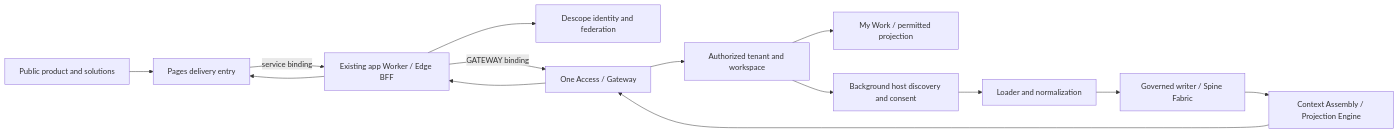
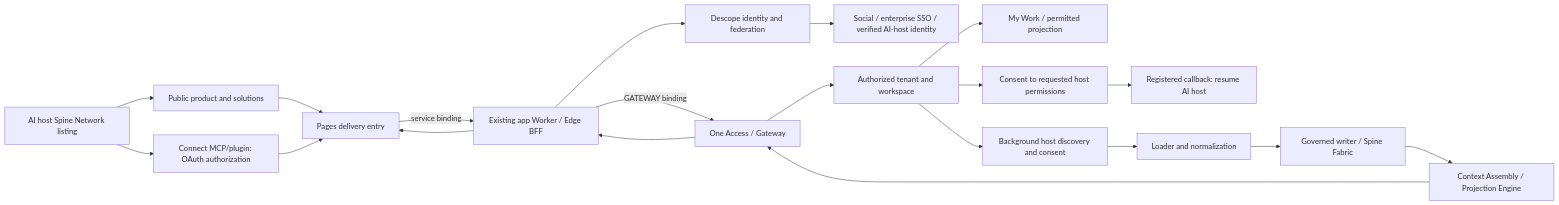
Before and after one commit to SpineInnovLabs/spinemarketing: the diagram in docs/superpowers/specs/2026-10-10-workspace-entry-pages-design.md, drawn with Mermaid. The commit also changed other lines of this file, not shown here.

Commit message:
docs: document both host-to-workspace entry journeys

````diff
--- a/docs/superpowers/specs/2026-10-10-workspace-entry-pages-design.md
+++ b/docs/superpowers/specs/2026-10-10-workspace-entry-pages-design.md
@@ -48,16 +70,22 @@
 ```mermaid
 flowchart LR
+    H0[AI host Spine Network listing] --> O[Connect MCP/plugin: OAuth authorization]
+    H0 --> M
     M[Public product and solutions] --> P[Pages delivery entry]
+    O --> P
     P -->|service binding| W[Existing app Worker / Edge BFF]
     W --> D[Descope identity and federation]
+    D --> I[Social / enterprise SSO / verified AI-host identity]
     W -->|GATEWAY binding| G[One Access / Gateway]
     G --> A[Authorized tenant and workspace]
     A --> V[My Work / permitted projection]
+    A --> Q[Consent to requested host permissions]
+    Q --> R[Registered callback: resume AI host]
     A --> H[Background host discovery and consent]
     H --> L[Loader and normalization]
     L --> S[Governed writer / Spine Fabric]
     S --> C[Context Assembly / Projection Engine]
     C --> G
     G --> W
     W --> P
 ```
````
